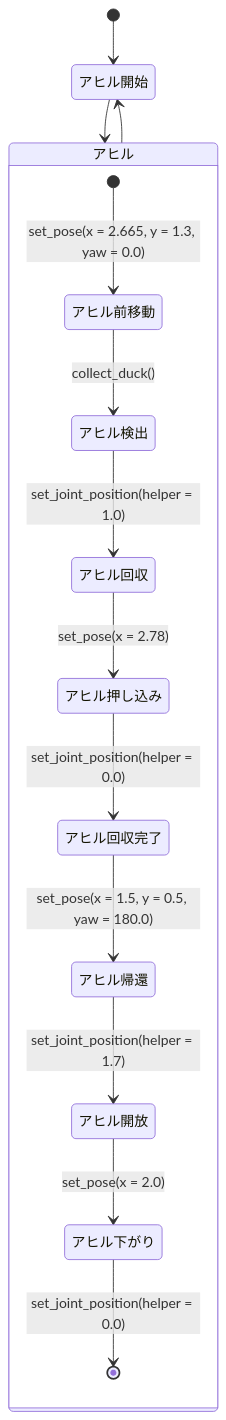
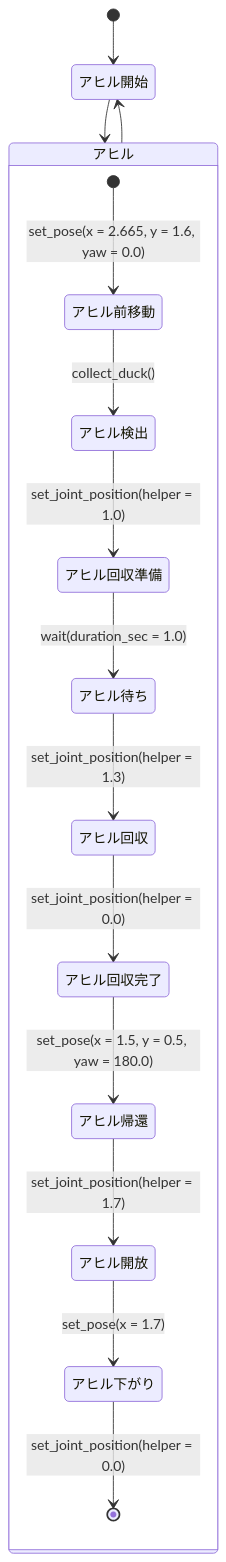
One commit to NITIC-Robot-Club/krb2026b_ros2 changed the diagram in src/launch/krb2026b_launch/state_graph/duck_detect.md. Above: the diagram before and after it, drawn with Mermaid. The commit also changed 1 other file, not shown here.

Commit message:
opi latest

````diff
--- a/src/launch/krb2026b_launch/state_graph/duck_detect.md
+++ b/src/launch/krb2026b_launch/state_graph/duck_detect.md
@@ -1,18 +1,20 @@
 ```mermaid
 stateDiagram-v2
 [*] --> アヒル開始
 アヒル開始 --> アヒル
 アヒル --> アヒル開始
 
+
 state アヒル {
-    [*] --> アヒル前移動 : set_pose(x = 2.665, y = 1.3, yaw = 0.0)
+    [*] --> アヒル前移動 : set_pose(x = 2.665, y = 1.6, yaw = 0.0)
     アヒル前移動 --> アヒル検出 : collect_duck()
-    アヒル検出 --> アヒル回収 : set_joint_position(helper = 1.0)
-    アヒル回収 --> アヒル押し込み : set_pose(x = 2.78)
-    アヒル押し込み --> アヒル回収完了 : set_joint_position(helper = 0.0)
+    アヒル検出 --> アヒル回収準備 : set_joint_position(helper = 1.0)
+    アヒル回収準備 --> アヒル待ち : wait(duration_sec = 1.0)
+    アヒル待ち --> アヒル回収 : set_joint_position(helper = 1.3)
+    アヒル回収 --> アヒル回収完了 : set_joint_position(helper = 0.0)
     アヒル回収完了 --> アヒル帰還 : set_pose(x = 1.5, y = 0.5, yaw = 180.0)
     アヒル帰還 --> アヒル開放 : set_joint_position(helper = 1.7)
-    アヒル開放 --> アヒル下がり : set_pose(x = 2.0)
+    アヒル開放 --> アヒル下がり : set_pose(x = 1.7)
     アヒル下がり --> [*] : set_joint_position(helper = 0.0)
 }
 ```
````
